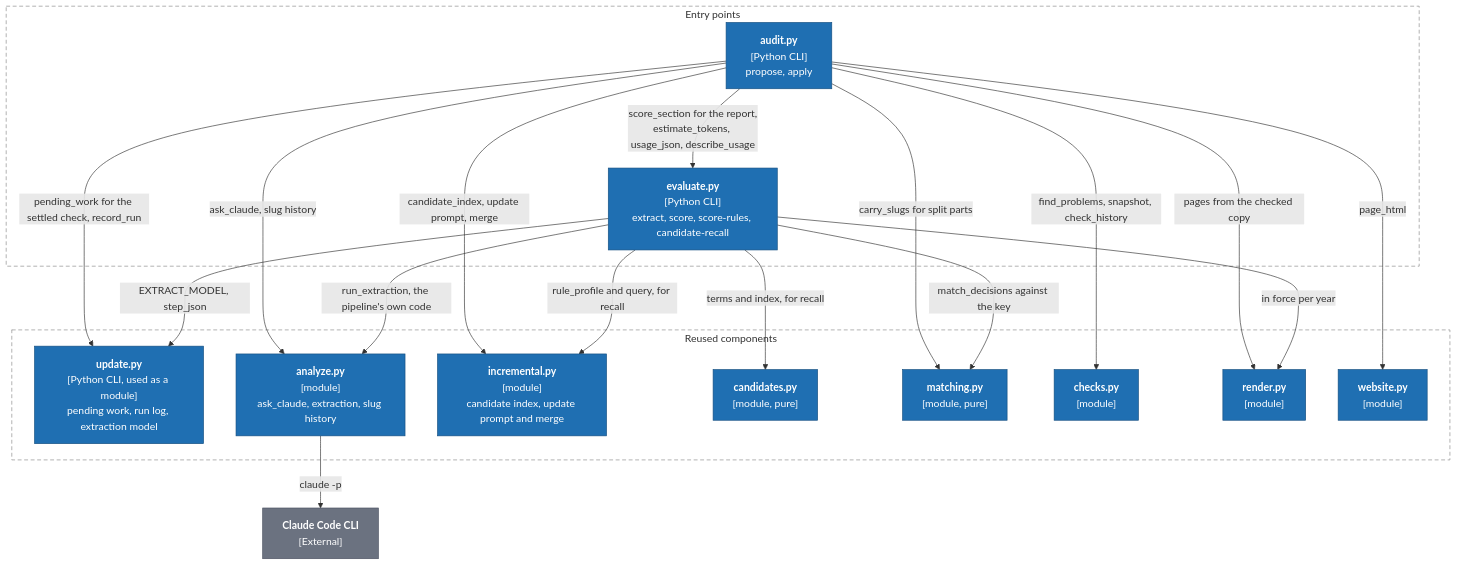
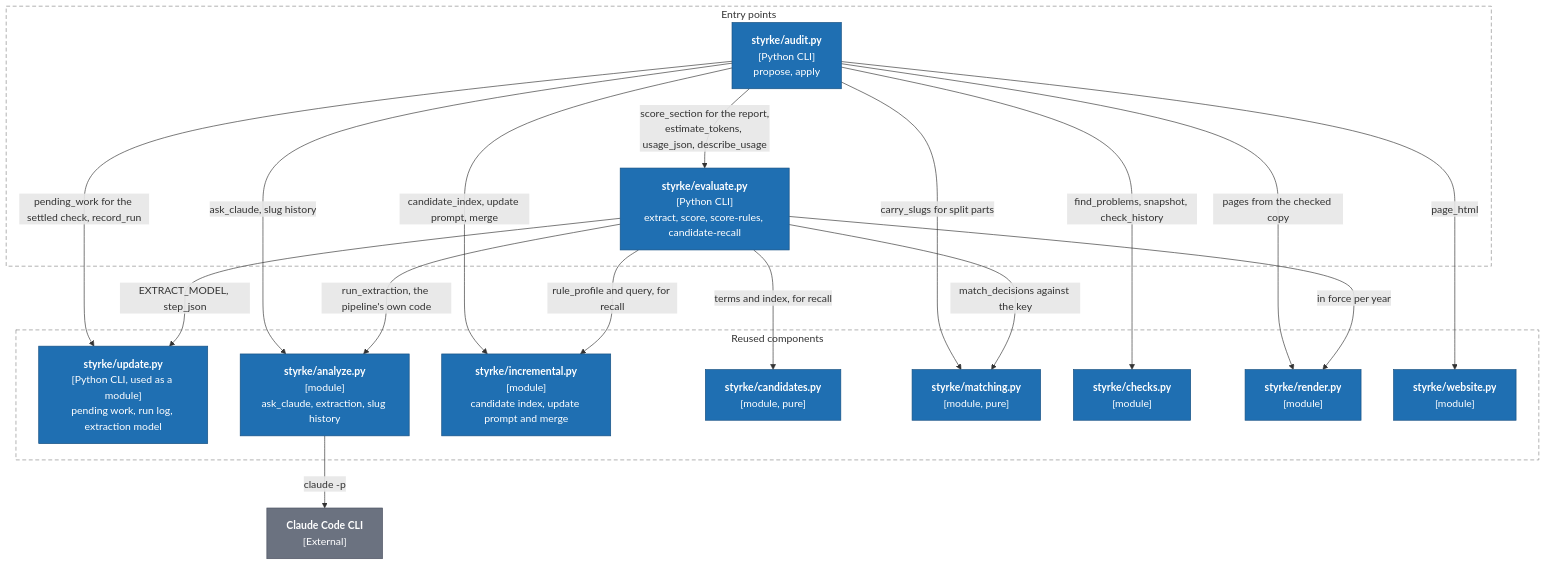
One commit to Lentz92/styrke-referater changed the tenth of 11 diagrams in docs/architecture.md. Above: the diagram before and after it, drawn with Mermaid. The commit also changed other lines of this file and 43 other files, not shown here.

````diff
--- a/docs/architecture.md
+++ b/docs/architecture.md
@@ -647,45 +649,45 @@
 ```mermaid
 flowchart TB
-  %% Sources. The import lines of audit.py and evaluate.py and the calls named on the arrows.
+  %% Sources. The import lines of styrke/audit.py and styrke/evaluate.py and the calls named on the arrows.
 
   subgraph ENTRY["Entry points"]
-    audit["<b>audit.py</b><br/>[Python CLI]<br/>propose, apply"]:::code
-    evaluate["<b>evaluate.py</b><br/>[Python CLI]<br/>extract, score, score-rules, candidate-recall"]:::code
+    audit["<b>styrke/audit.py</b><br/>[Python CLI]<br/>propose, apply"]:::code
+    evaluate["<b>styrke/evaluate.py</b><br/>[Python CLI]<br/>extract, score, score-rules, candidate-recall"]:::code
   end
   subgraph COMP["Reused components"]
-    update["<b>update.py</b><br/>[Python CLI, used as a module]<br/>pending work, run log, extraction model"]:::code
-    analyze["<b>analyze.py</b><br/>[module]<br/>ask_claude, extraction, slug history"]:::code
-    incremental["<b>incremental.py</b><br/>[module]<br/>candidate index, update prompt and merge"]:::code
-    candidates["<b>candidates.py</b><br/>[module, pure]"]:::code
-    matching["<b>matching.py</b><br/>[module, pure]"]:::code
-    checks["<b>checks.py</b><br/>[module]"]:::code
-    render["<b>render.py</b><br/>[module]"]:::code
-    website["<b>website.py</b><br/>[module]"]:::code
+    update["<b>styrke/update.py</b><br/>[Python CLI, used as a module]<br/>pending work, run log, extraction model"]:::code
+    analyze["<b>styrke/analyze.py</b><br/>[module]<br/>ask_claude, extraction, slug history"]:::code
+    incremental["<b>styrke/incremental.py</b><br/>[module]<br/>candidate index, update prompt and merge"]:::code
+    candidates["<b>styrke/candidates.py</b><br/>[module, pure]"]:::code
+    matching["<b>styrke/matching.py</b><br/>[module, pure]"]:::code
+    checks["<b>styrke/checks.py</b><br/>[module]"]:::code
+    render["<b>styrke/render.py</b><br/>[module]"]:::code
+    website["<b>styrke/website.py</b><br/>[module]"]:::code
   end
   claude["<b>Claude Code CLI</b><br/>[External]"]:::ext
 
   audit -->|"pending_work for the settled check, record_run"| update
   audit -->|"ask_claude, slug history"| analyze
   audit -->|"candidate_index, update prompt, merge"| incremental
   audit -->|"find_problems, snapshot, check_history"| checks
   audit -->|"score_section for the report,<br/>estimate_tokens, usage_json, describe_usage"| evaluate
   audit -->|"carry_slugs for split parts"| matching
   audit -->|"pages from the checked copy"| render
   audit -->|"page_html"| website
   evaluate -->|"run_extraction, the pipeline's own code"| analyze
   evaluate -->|"rule_profile and query, for recall"| incremental
   evaluate -->|"terms and index, for recall"| candidates
   evaluate -->|"match_decisions against the key"| matching
   evaluate -->|"in force per year"| render
   evaluate -->|"EXTRACT_MODEL, step_json"| update
   analyze -->|"claude -p"| claude
 
   style ENTRY fill:none,stroke:#8a8a8a,stroke-dasharray:6 4
   style COMP fill:none,stroke:#8a8a8a,stroke-dasharray:6 4
   classDef person fill:#0b3d6e,stroke:#072a4d,color:#ffffff
   classDef code fill:#1f6fb2,stroke:#154f80,color:#ffffff
   classDef claude fill:#c2410c,stroke:#8a2e08,color:#ffffff
   classDef ext fill:#6b7280,stroke:#4b5160,color:#ffffff
   classDef store fill:#2f7d5b,stroke:#1f5a40,color:#ffffff
   classDef guard fill:#8e244d,stroke:#5f1833,color:#ffffff
 ```
````
